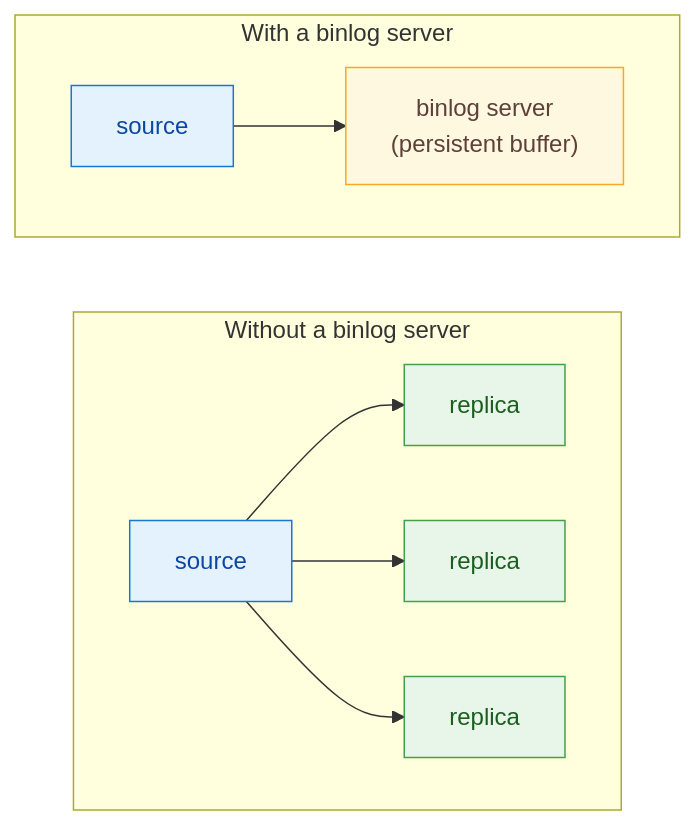
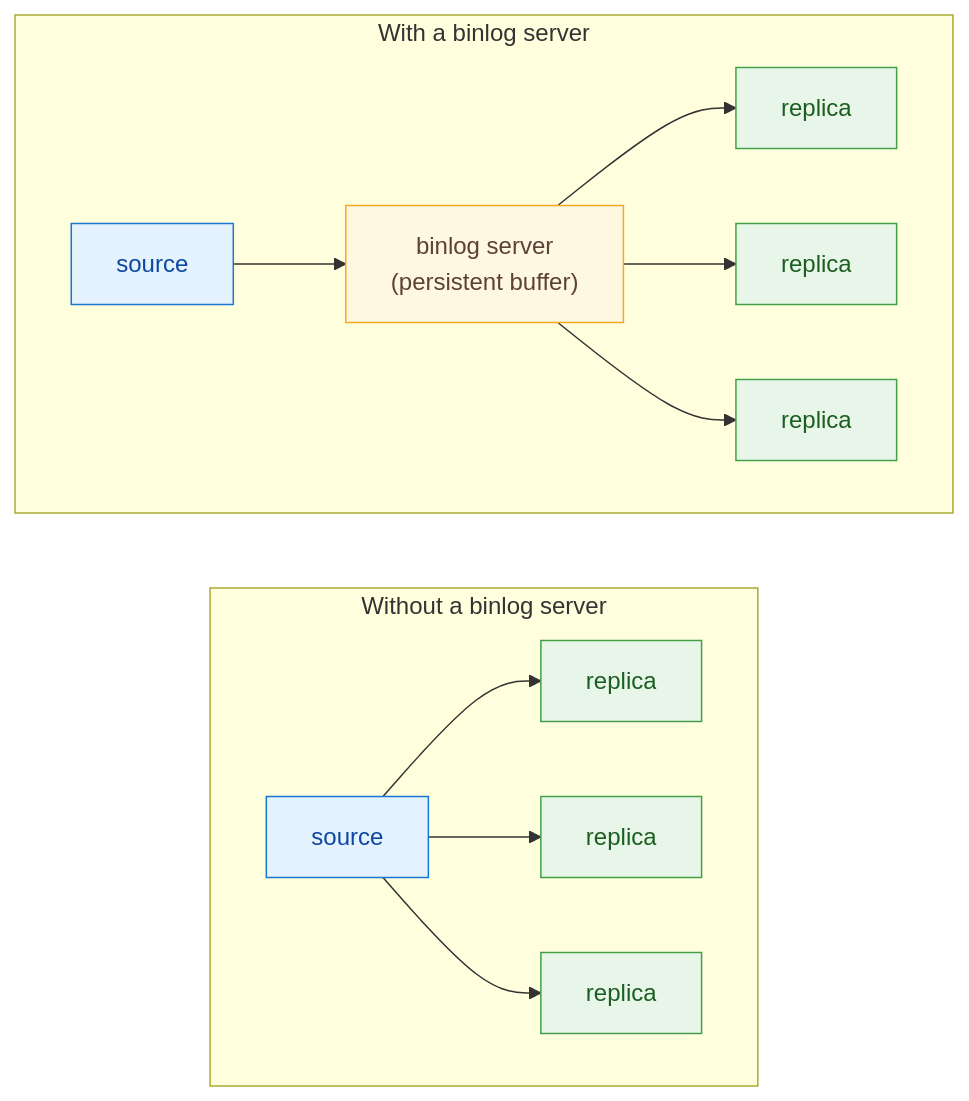
The first of 2 diagrams in components/binlog_server/doc/md/overview.md (kamil-holubicki/percona-server), drawn with Mermaid before and after one commit. The commit also changed other lines of this file and 38 other files, not shown here.

````diff
--- a/components/binlog_server/doc/md/overview.md
+++ b/components/binlog_server/doc/md/overview.md
@@ -39,22 +43,25 @@
 ```mermaid
 flowchart LR
     classDef src fill:#e3f2fd,stroke:#1976d2,color:#0d47a1
     classDef hub fill:#fff8e1,stroke:#f9a825,color:#5d4037
     classDef rep fill:#e8f5e9,stroke:#43a047,color:#1b5e20
 
     subgraph BEFORE["Without a binlog server"]
         direction LR
         S1["source"]:::src
         R1A["replica"]:::rep
         R1B["replica"]:::rep
         R1C["replica"]:::rep
         S1 --> R1A & R1B & R1C
     end
 
     subgraph AFTER["With a binlog server"]
         direction LR
         S2["source"]:::src
         H["binlog server<br/>(persistent buffer)"]:::hub
-        S2 --> H
+        R2A["replica"]:::rep
+        R2B["replica"]:::rep
+        R2C["replica"]:::rep
+        S2 --> H --> R2A & R2B & R2C
     end
 ```
````
